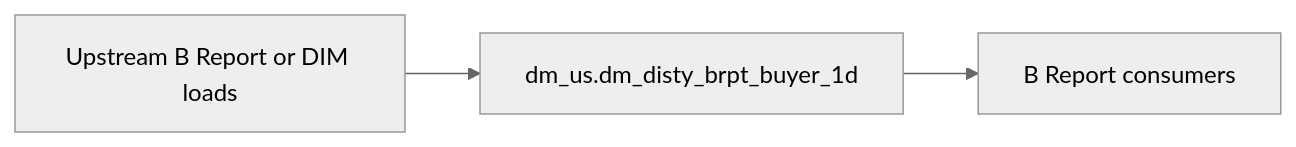
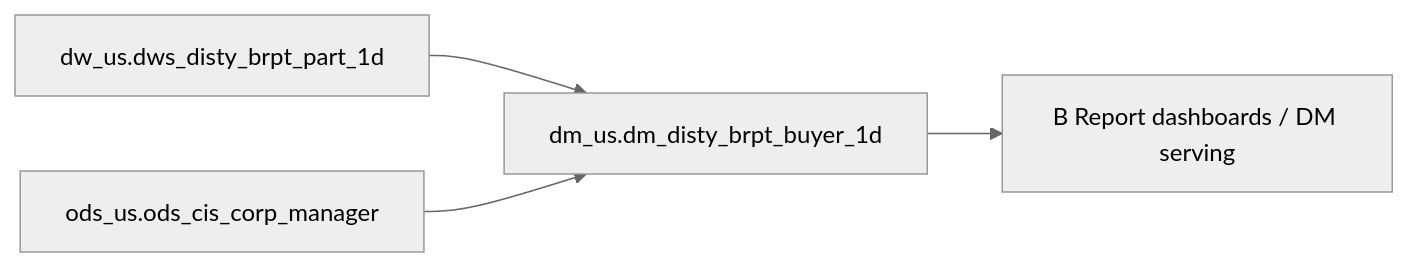
The diagram in backend/defaults/b_report/workspace/target/knowledgebase/b-report-us/dm_disty_brpt_buyer_1d.md (chengduhaha/data_agent), drawn with Mermaid (neutral theme) before and after one commit. The commit also changed other lines of this file and 1108 other files, not shown here.

````diff
--- a/backend/defaults/b_report/workspace/target/knowledgebase/b-report-us/dm_disty_brpt_buyer_1d.md
+++ b/backend/defaults/b_report/workspace/target/knowledgebase/b-report-us/dm_disty_brpt_buyer_1d.md
@@ -150,8 +271,10 @@
 ```mermaid
 flowchart LR
-  upstream[Upstream B Report or DIM loads]
-  tgt["dm_us.dm_disty_brpt_buyer_1d"]
-  brpt[B Report consumers]
-  upstream --> tgt
-  tgt --> brpt
+  dm_us_dm_disty_brpt_buyer_1d["dm_us.dm_disty_brpt_buyer_1d"]
+  src0["dw_us.dws_disty_brpt_part_1d"]
+  src0 --> dm_us_dm_disty_brpt_buyer_1d
+  src1["ods_us.ods_cis_corp_manager"]
+  src1 --> dm_us_dm_disty_brpt_buyer_1d
+  consumers["B Report dashboards / DM serving"]
+  dm_us_dm_disty_brpt_buyer_1d --> consumers
 ```
````
